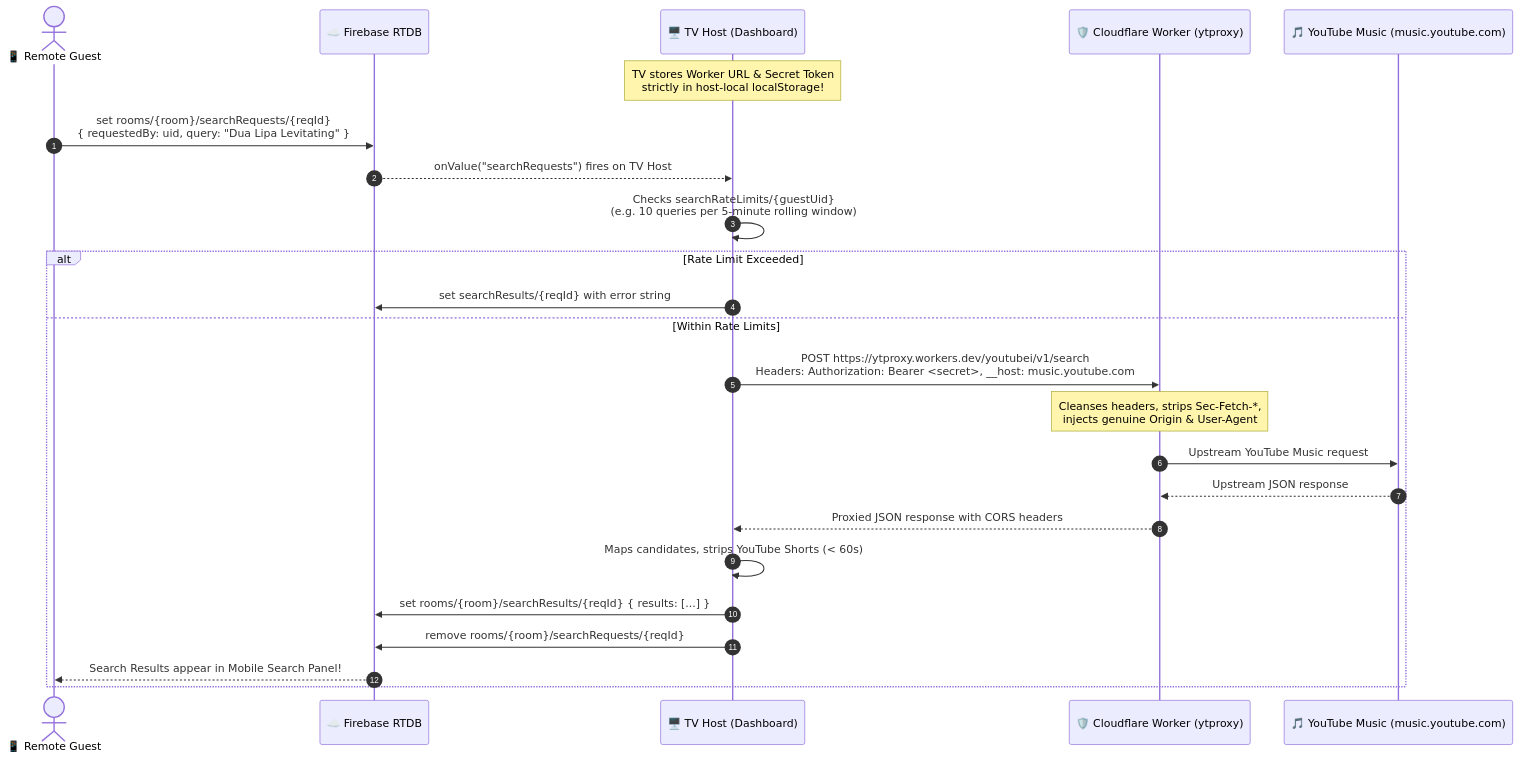
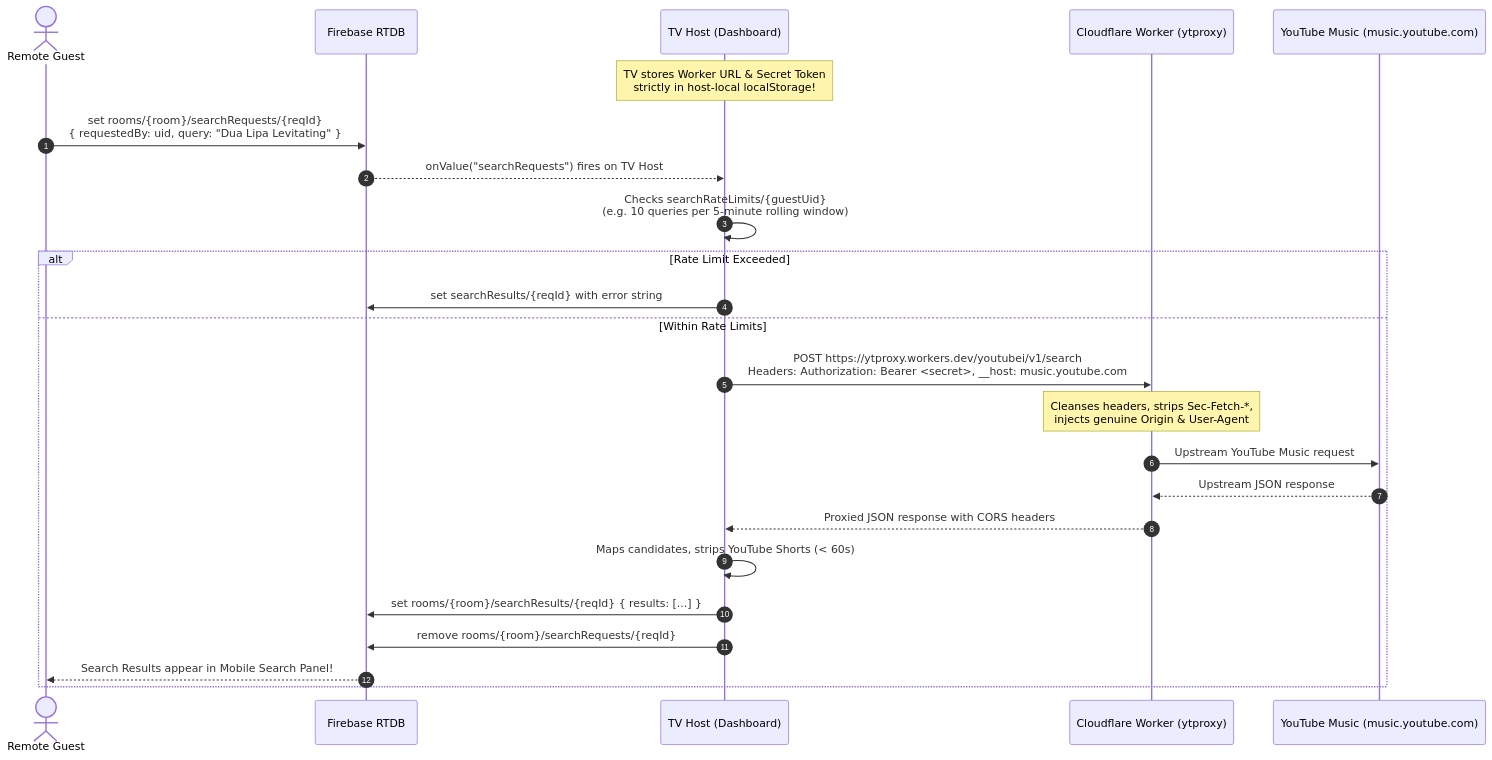
The diagram in docs/search-proxy-and-worker.md (BoredKevin/mediabox), drawn with Mermaid before and after one commit. The commit also changed other lines of this file and 7 other files, not shown here.

Commit message:
ocs: add comprehensive system architecture, protocols, and developer guides

````diff
--- a/docs/search-proxy-and-worker.md
+++ b/docs/search-proxy-and-worker.md
@@ -23,28 +23,28 @@
 ```mermaid
 sequenceDiagram
     autonumber
-    actor Guest as 📱 Remote Guest
-    participant RTDB as ☁️ Firebase RTDB
-    participant TV as 🖥️ TV Host (Dashboard)
-    participant CF as 🛡️ Cloudflare Worker (ytproxy)
-    participant YTM as 🎵 YouTube Music (music.youtube.com)
+    actor Guest as Remote Guest
+    participant RTDB as Firebase RTDB
+    participant TV as TV Host (Dashboard)
+    participant CF as Cloudflare Worker (ytproxy)
+    participant YTM as YouTube Music (music.youtube.com)
 
     Note over TV: TV stores Worker URL & Secret Token<br/>strictly in host-local localStorage!
     Guest->>RTDB: set rooms/{room}/searchRequests/{reqId}<br/>{ requestedBy: uid, query: "Dua Lipa Levitating" }
     RTDB-->>TV: onValue("searchRequests") fires on TV Host
     TV->>TV: Checks searchRateLimits/{guestUid}<br/>(e.g. 10 queries per 5-minute rolling window)
     
     alt Rate Limit Exceeded
         TV->>RTDB: set searchResults/{reqId} with error string
     else Within Rate Limits
         TV->>CF: POST https://ytproxy.workers.dev/youtubei/v1/search<br/>Headers: Authorization: Bearer <secret>, __host: music.youtube.com
         Note over CF: Cleanses headers, strips Sec-Fetch-*,<br/>injects genuine Origin & User-Agent
         CF->>YTM: Upstream YouTube Music request
         YTM-->>CF: Upstream JSON response
         CF-->>TV: Proxied JSON response with CORS headers
         TV->>TV: Maps candidates, strips YouTube Shorts (< 60s)
         TV->>RTDB: set rooms/{room}/searchResults/{reqId} { results: [...] }
         TV->>RTDB: remove rooms/{room}/searchRequests/{reqId}
         RTDB-->>Guest: Search Results appear in Mobile Search Panel!
     end
 ```
````
